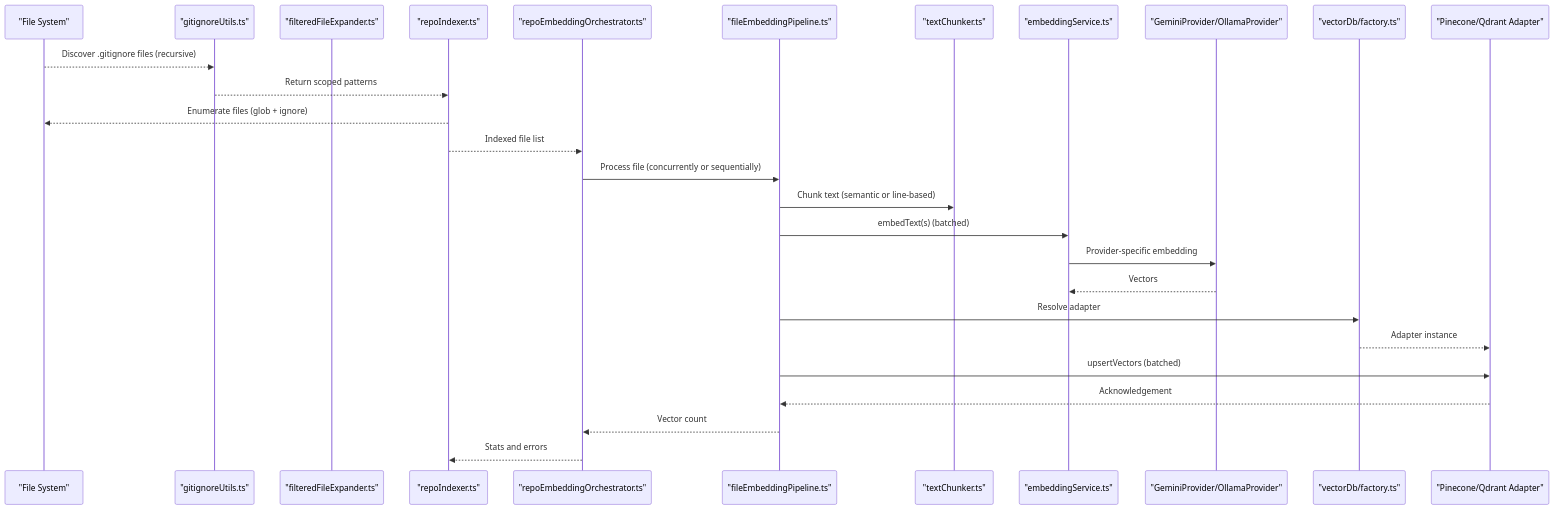
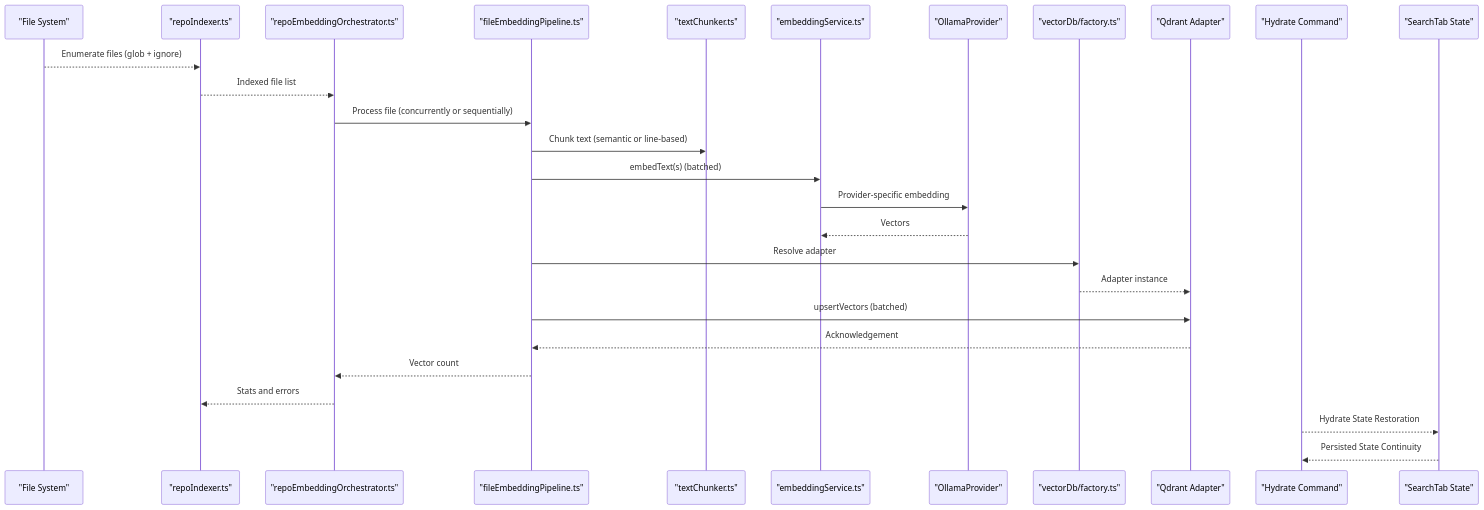
One commit to bramburn/repomix-runner changed the second of 15 diagrams in .qoder/repowiki/en/content/Indexing and Search System/Indexing and Search System.md. Above: the diagram before and after it, drawn with Mermaid. The commit also changed other lines of this file and 41 other files, not shown here.

````diff
--- a/.qoder/repowiki/en/content/Indexing and Search System/Indexing and Search System.md
+++ b/.qoder/repowiki/en/content/Indexing and Search System/Indexing and Search System.md
@@ -186,29 +167,29 @@
 ```mermaid
 sequenceDiagram
 participant FS as "File System"
-participant GIF as "gitignoreUtils.ts"
-participant FFE as "filteredFileExpander.ts"
 participant IDX as "repoIndexer.ts"
 participant ORCH as "repoEmbeddingOrchestrator.ts"
 participant PIPE as "fileEmbeddingPipeline.ts"
 participant CHUNK as "textChunker.ts"
 participant EMB as "embeddingService.ts"
-participant EPROV as "GeminiProvider/OllamaProvider"
+participant EPROV as "OllamaProvider"
 participant VFACT as "vectorDb/factory.ts"
-participant ADP as "Pinecone/Qdrant Adapter"
-FS-->>GIF : Discover .gitignore files (recursive)
-GIF-->>IDX : Return scoped patterns
-IDX-->>FS : Enumerate files (glob + ignore)
+participant ADP as "Qdrant Adapter"
+participant HW as "Hydrate Command"
+participant ST as "SearchTab State"
+FS-->>IDX : Enumerate files (glob + ignore)
 IDX-->>ORCH : Indexed file list
 ORCH->>PIPE : Process file (concurrently or sequentially)
 PIPE->>CHUNK : Chunk text (semantic or line-based)
 PIPE->>EMB : embedText(s) (batched)
 EMB->>EPROV : Provider-specific embedding
 EPROV-->>EMB : Vectors
 PIPE->>VFACT : Resolve adapter
 VFACT-->>ADP : Adapter instance
 PIPE->>ADP : upsertVectors (batched)
 ADP-->>PIPE : Acknowledgement
 PIPE-->>ORCH : Vector count
 ORCH-->>IDX : Stats and errors
+HW-->>ST : Hydrate State Restoration
+ST-->>HW : Persisted State Continuity
 ```
````
